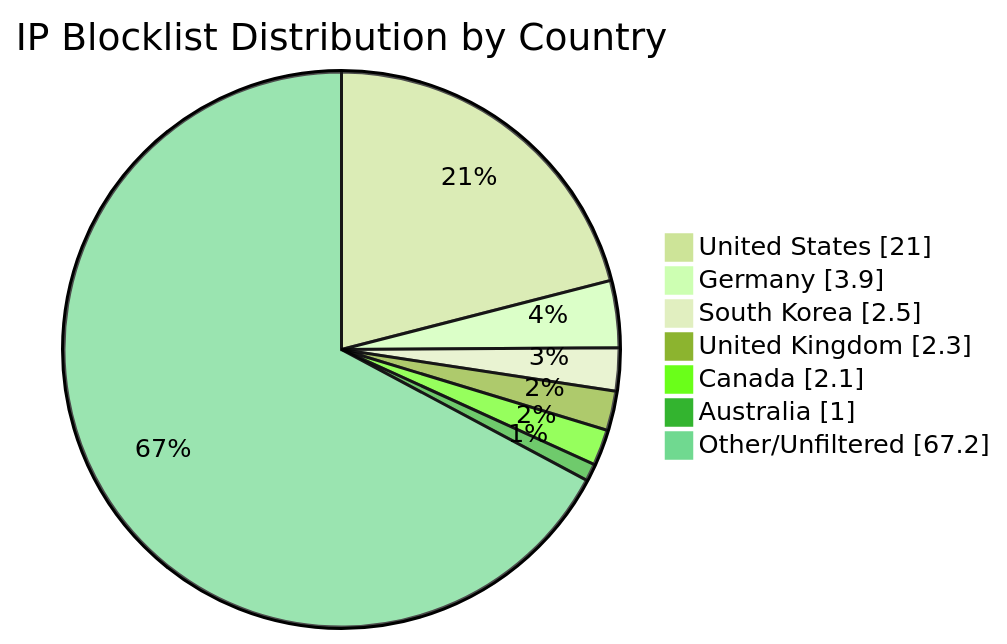
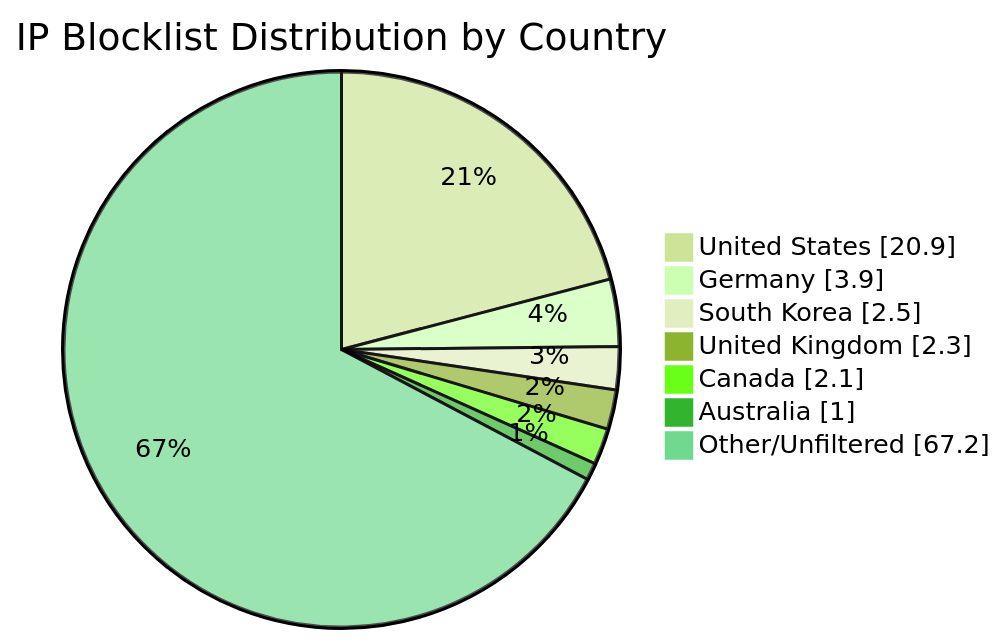
One commit to MarcusHoltz/ipblocklist-geofiltered-aggregator changed the diagram in README.md. Above: the diagram before and after it, drawn with Mermaid (forest theme). The commit also changed other lines of this file and 9 other files, not shown here.

````diff
--- a/README.md
+++ b/README.md
@@ -34,10 +34,10 @@
 ```mermaid
 pie showData title IP Blocklist Distribution by Country
-"United States" : 21.0
+"United States" : 20.9
 "Germany" : 3.9
 "South Korea" : 2.5
 "United Kingdom" : 2.3
 "Canada" : 2.1
 "Australia" : 1.0
 "Other/Unfiltered" : 67.2
 ```
````
